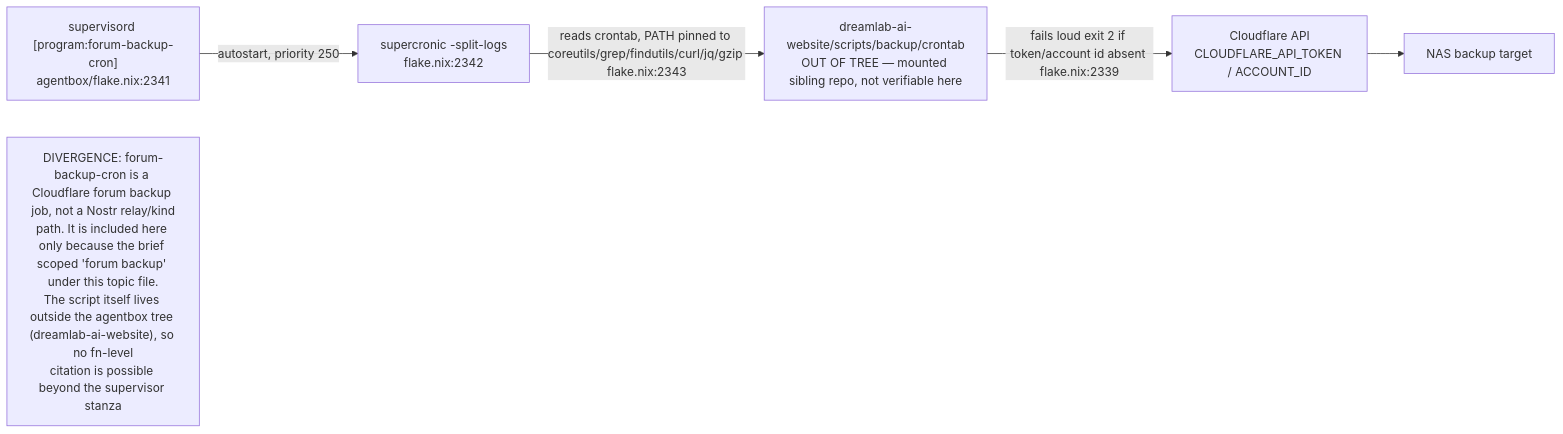
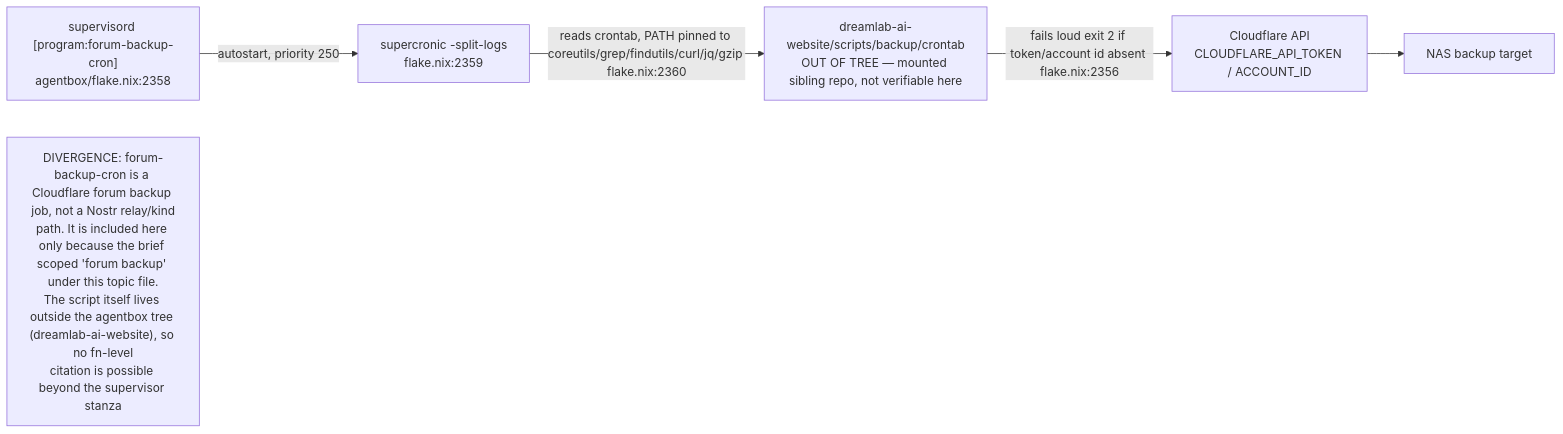
Diagram 14 of 17 in docs/diagrams/agentbox/13-nostr-relay-gateway-bridge-mirror.md (DreamLab-AI/AR-AI-Knowledge-Graph), drawn with Mermaid before and after one commit. The commit also changed other lines of this file and 73 other files, not shown here.

First line of the commit message:
docs(diagrams): re-verify all 71 topic files against HEAD; add --cite-check

````diff
--- a/docs/diagrams/agentbox/13-nostr-relay-gateway-bridge-mirror.md
+++ b/docs/diagrams/agentbox/13-nostr-relay-gateway-bridge-mirror.md
@@ -539,13 +540,13 @@
 ```mermaid
 flowchart LR
-    SUP["supervisord [program:forum-backup-cron]<br/>agentbox/flake.nix:2341"]
-    CRON["supercronic -split-logs<br/>flake.nix:2342"]
+    SUP["supervisord [program:forum-backup-cron]<br/>agentbox/flake.nix:2358"]
+    CRON["supercronic -split-logs<br/>flake.nix:2359"]
     SCRIPT["dreamlab-ai-website/scripts/backup/crontab<br/>OUT OF TREE — mounted sibling repo, not verifiable here"]
     CF["Cloudflare API<br/>CLOUDFLARE_API_TOKEN / ACCOUNT_ID"]
     NAS["NAS backup target"]
     SUP -->|"autostart, priority 250"| CRON
-    CRON -->|"reads crontab, PATH pinned to coreutils/grep/findutils/curl/jq/gzip flake.nix:2343"| SCRIPT
-    SCRIPT -->|"fails loud exit 2 if token/account id absent flake.nix:2339"| CF
+    CRON -->|"reads crontab, PATH pinned to coreutils/grep/findutils/curl/jq/gzip flake.nix:2360"| SCRIPT
+    SCRIPT -->|"fails loud exit 2 if token/account id absent flake.nix:2356"| CF
     CF --> NAS
 N1["DIVERGENCE: forum-backup-cron is a Cloudflare forum backup job, not a Nostr relay/kind<br/>path. It is included here only because the brief scoped 'forum backup' under this topic file.<br/>The script itself lives outside the agentbox tree (dreamlab-ai-website), so no fn-level<br/>citation is possible beyond the supervisor stanza"]
 ```
````
